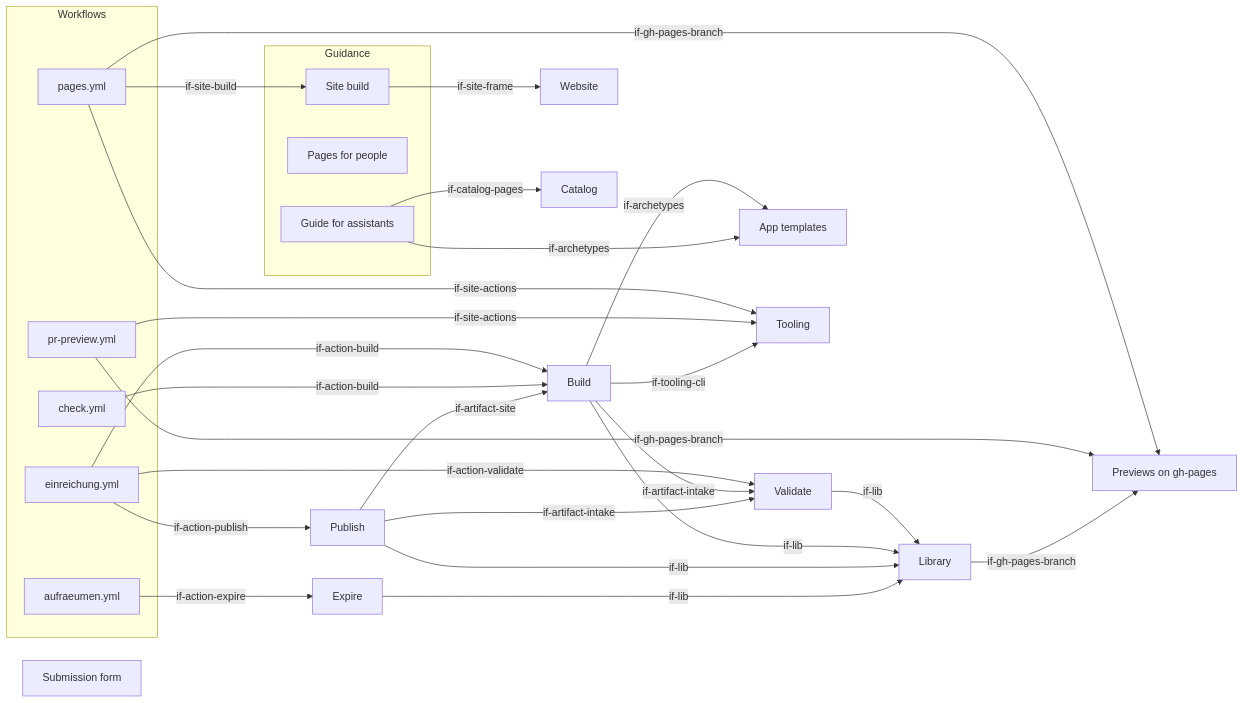
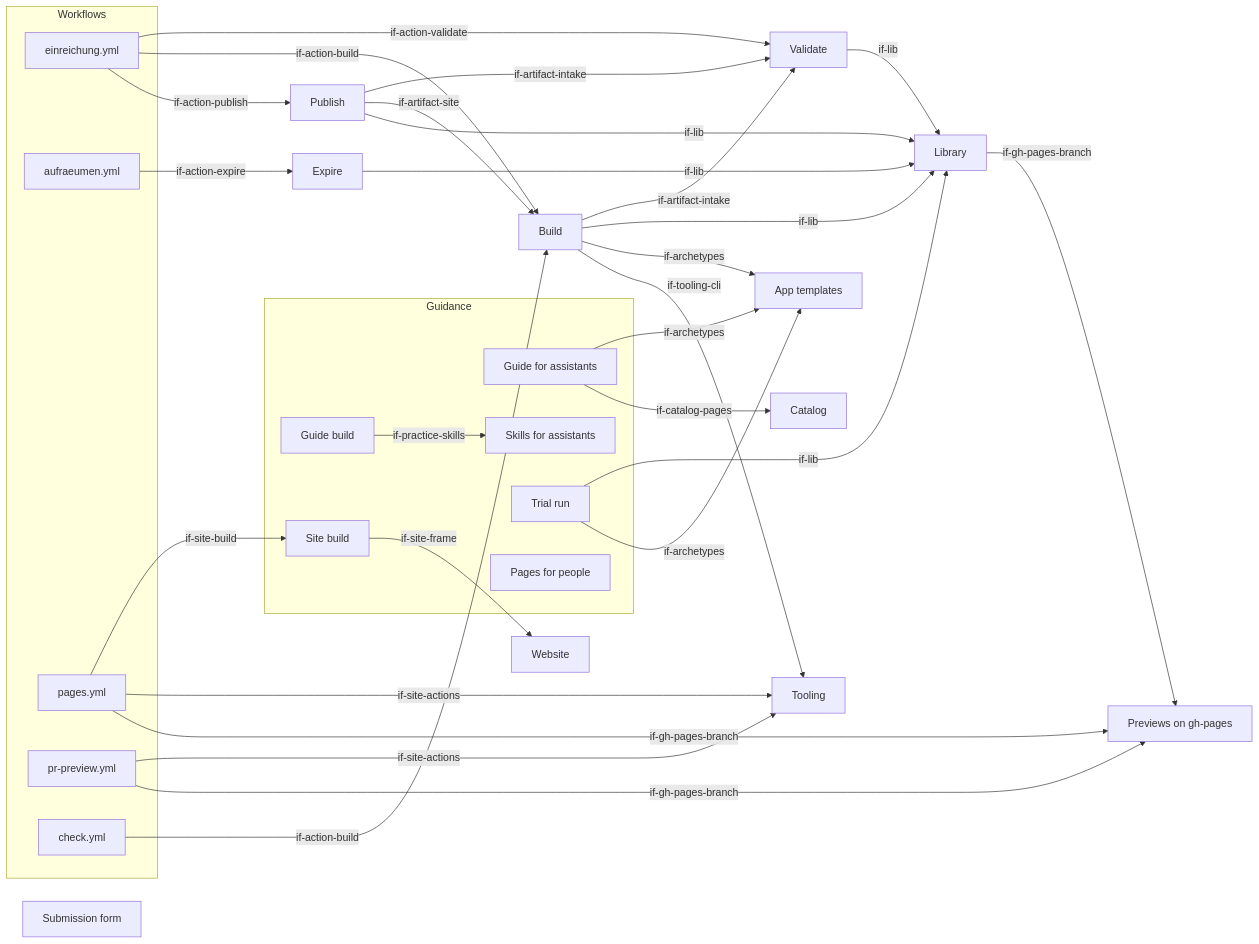
One commit to lernapps/practice changed the diagram in docs/arc42/05-building-blocks.arc42.md. Above: the diagram before and after it, drawn with Mermaid. The commit also changed other lines of this file and 8 other files, not shown here.

First line of the commit message:
docs: describe the skills and the guide build in the architecture and the pages

````diff
--- a/docs/arc42/05-building-blocks.arc42.md
+++ b/docs/arc42/05-building-blocks.arc42.md
@@ -28,49 +28,55 @@
 ```mermaid
 flowchart LR
     bb-form["Submission form"]
     subgraph bb-workflows["Workflows"]
         bb-workflow-submission["einreichung.yml"]
         bb-workflow-cleanup["aufraeumen.yml"]
         bb-workflow-pages["pages.yml"]
         bb-workflow-pr-preview["pr-preview.yml"]
         bb-workflow-check["check.yml"]
     end
     bb-action-validate["Validate"]
     bb-action-build["Build"]
     bb-action-publish["Publish"]
     bb-action-expire["Expire"]
     bb-lib["Library"]
     bb-previews["Previews on gh-pages"]
     subgraph bb-guidance["Guidance"]
         bb-assistant-guide["Guide for assistants"]
+        bb-assistant-skills["Skills for assistants"]
+        bb-guide-build["Guide build"]
+        bb-trial-run["Trial run"]
         bb-documentation["Pages for people"]
         bb-site-build["Site build"]
     end
     bb-app-templates["App templates"]
     bb-tooling["Tooling"]
     bb-website["Website"]
     bb-catalog["Catalog"]
     bb-workflow-submission -->|"if-action-validate"| bb-action-validate
     bb-workflow-submission -->|"if-action-build"| bb-action-build
     bb-workflow-submission -->|"if-action-publish"| bb-action-publish
     bb-workflow-cleanup -->|"if-action-expire"| bb-action-expire
     bb-workflow-check -->|"if-action-build"| bb-action-build
     bb-workflow-pages -->|"if-site-build"| bb-site-build
     bb-workflow-pages -->|"if-site-actions"| bb-tooling
     bb-workflow-pr-preview -->|"if-site-actions"| bb-tooling
     bb-workflow-pages -->|"if-gh-pages-branch"| bb-previews
     bb-workflow-pr-preview -->|"if-gh-pages-branch"| bb-previews
     bb-action-build -->|"if-artifact-intake"| bb-action-validate
     bb-action-publish -->|"if-artifact-intake"| bb-action-validate
     bb-action-publish -->|"if-artifact-site"| bb-action-build
     bb-action-validate -->|"if-lib"| bb-lib
     bb-action-build -->|"if-lib"| bb-lib
     bb-action-publish -->|"if-lib"| bb-lib
     bb-action-expire -->|"if-lib"| bb-lib
     bb-lib -->|"if-gh-pages-branch"| bb-previews
     bb-action-build -->|"if-archetypes"| bb-app-templates
     bb-action-build -->|"if-tooling-cli"| bb-tooling
+    bb-guide-build -->|"if-practice-skills"| bb-assistant-skills
+    bb-trial-run -->|"if-lib"| bb-lib
+    bb-trial-run -->|"if-archetypes"| bb-app-templates
     bb-assistant-guide -->|"if-archetypes"| bb-app-templates
     bb-assistant-guide -->|"if-catalog-pages"| bb-catalog
     bb-site-build -->|"if-site-frame"| bb-website
 ```
````
